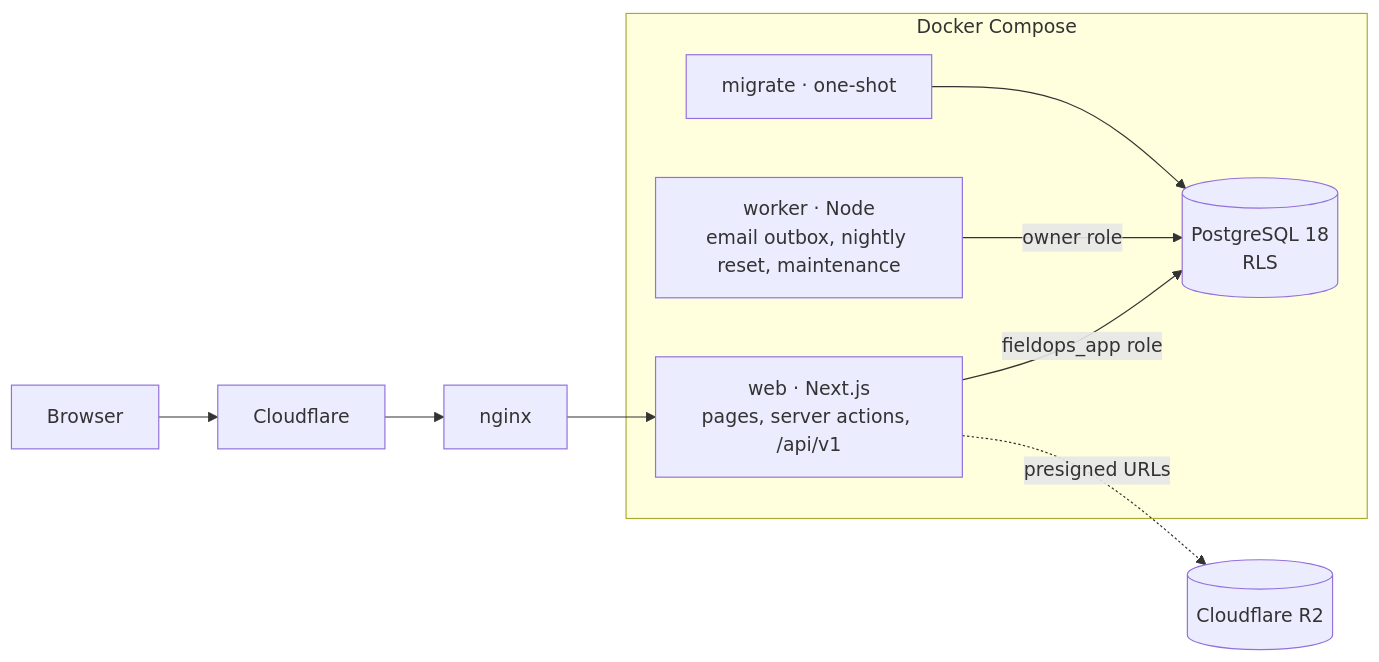
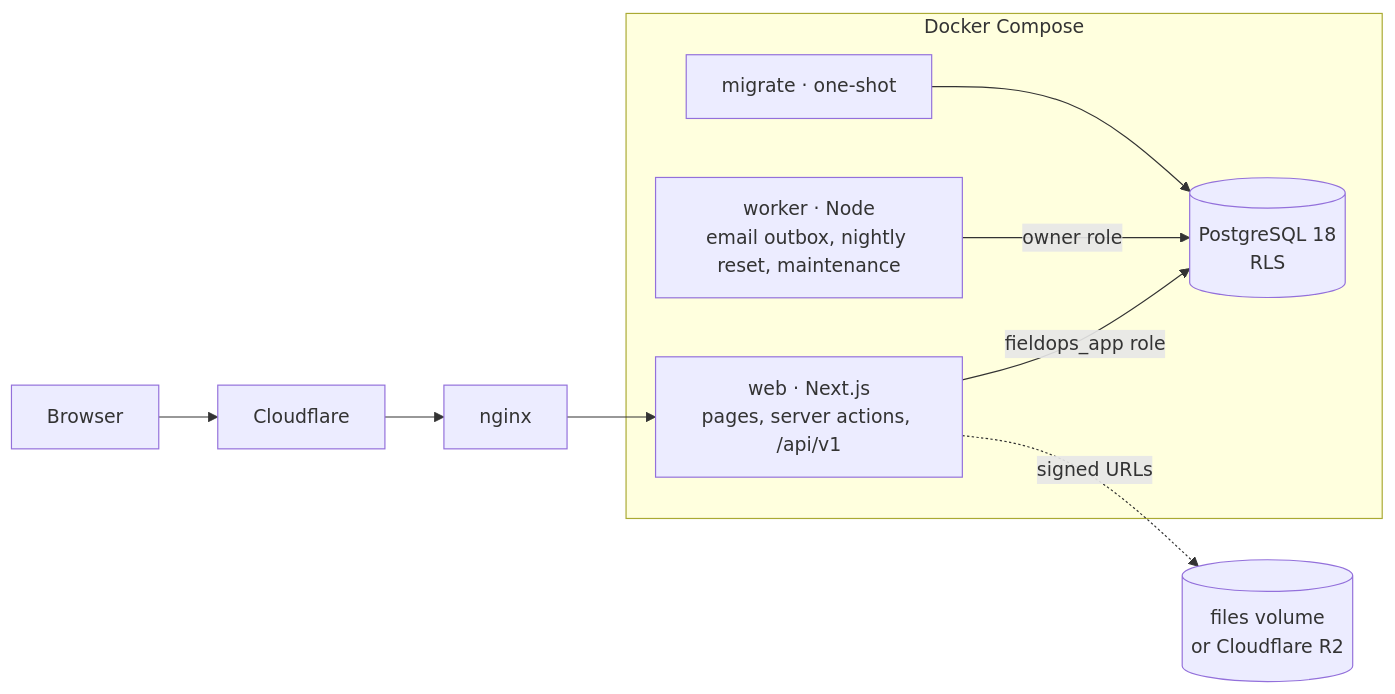
One commit to guzmanloeracode/fieldops changed the diagram in README.md. Above: the diagram before and after it, drawn with Mermaid. The commit also changed other lines of this file and 9 other files, not shown here.

Commit message:
docs: 0.2.0 — PRD 1.3 as-built notes, README, changelog, architecture; bump versions

````diff
--- a/README.md
+++ b/README.md
@@ -59,14 +66,14 @@
 ```mermaid
 flowchart LR
     B[Browser] --> CF[Cloudflare] --> NX[nginx] --> WEB
     subgraph Docker Compose
       WEB[web · Next.js<br/>pages, server actions, /api/v1]
       WK[worker · Node<br/>email outbox, nightly reset, maintenance]
       MG[migrate · one-shot]
       PG[(PostgreSQL 18<br/>RLS)]
     end
     WEB -->|fieldops_app role| PG
     WK -->|owner role| PG
     MG --> PG
-    WEB -. presigned URLs .-> R2[(Cloudflare R2)]
+    WEB -. signed URLs .-> FS[(files volume<br/>or Cloudflare R2)]
 ```
````
